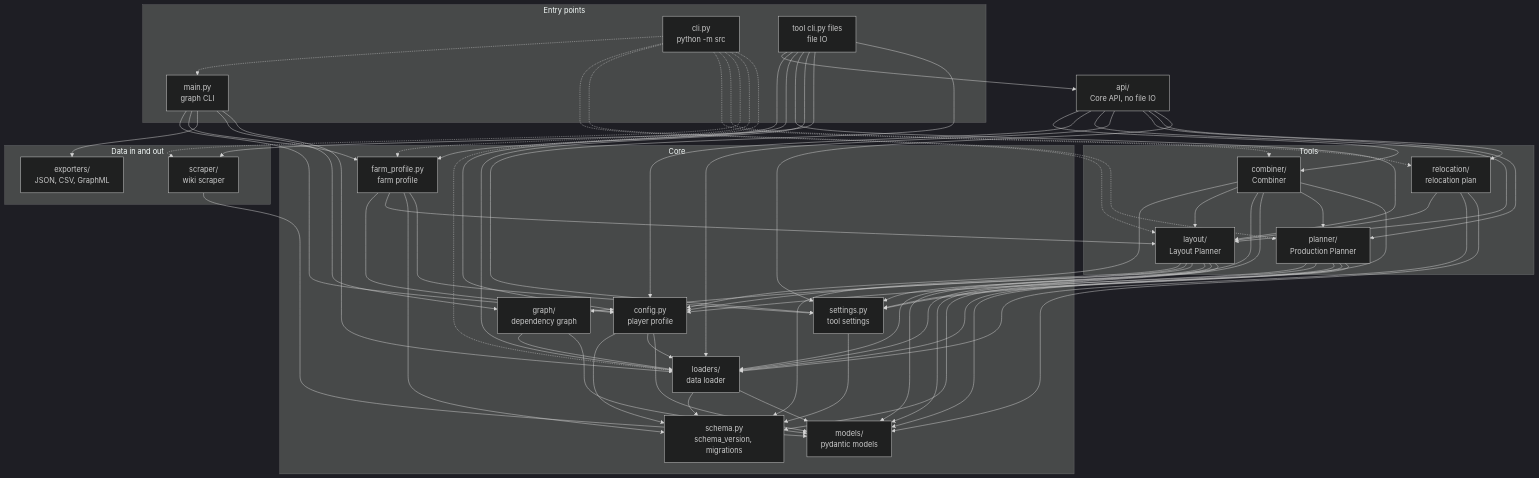
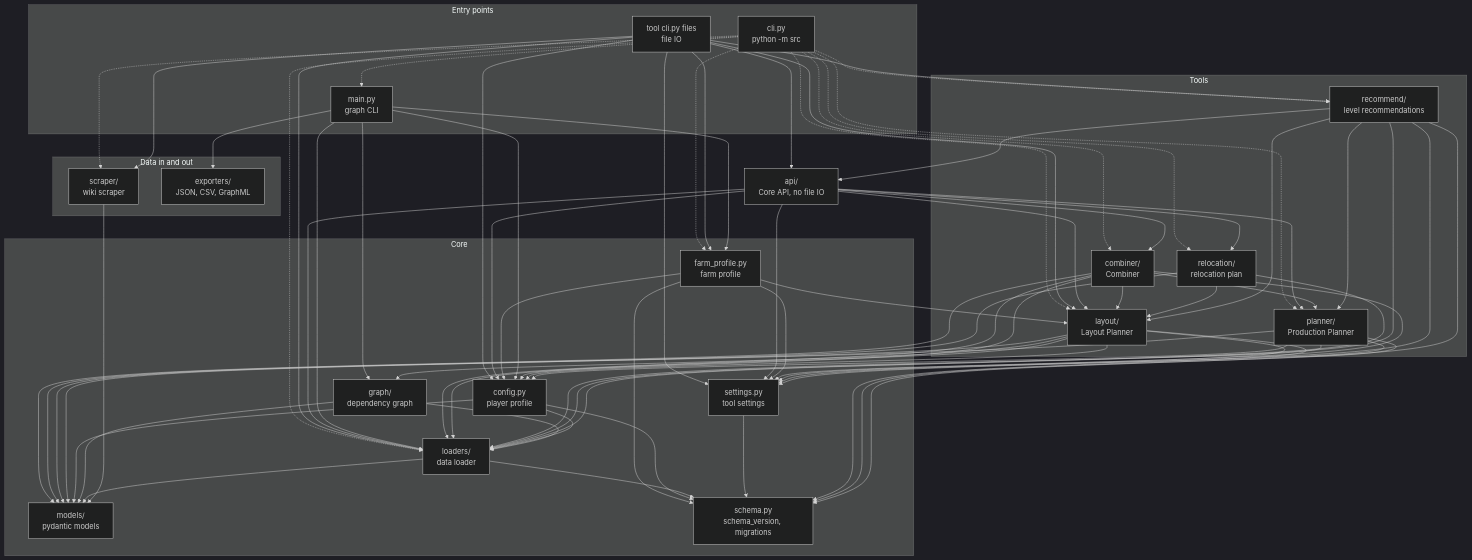
Before and after one commit to Drntth/farm-production-recipe-dependency-graph: the first of 2 diagrams in docs/architecture.md, drawn with Mermaid (dark theme). The commit also changed other lines of this file and 32 other files, not shown here.

Commit message:
[HAYDAY-PROJECT] Add level recommendations and the static site

```diff
--- a/docs/architecture.md
+++ b/docs/architecture.md
@@ -19,6 +19,7 @@
         planner[planner/<br/>Production Planner]
         combiner[combiner/<br/>Combiner]
         relocation[relocation/<br/>relocation plan]
+        recommend[recommend/<br/>level recommendations]
     end
     subgraph core[Core]
         config[config.py<br/>player profile]
@@ -42,12 +43,14 @@
     cli -.-> scraper
     cli -.-> fprofile
     cli -.-> loaders
+    cli -.-> recommend
 
     toolcli --> api
     toolcli --> config
     toolcli --> fprofile
     toolcli --> layout
     toolcli --> loaders
+    toolcli --> recommend
     toolcli --> scraper
     toolcli --> settings
 
@@ -98,6 +101,13 @@
     relocation --> loaders
     relocation --> models
 
+    recommend --> api
+    recommend --> layout
+    recommend --> loaders
+    recommend --> planner
+    recommend --> schema
+    recommend --> settings
+
     config --> loaders
     config --> models
     dgraph --> loaders
```
